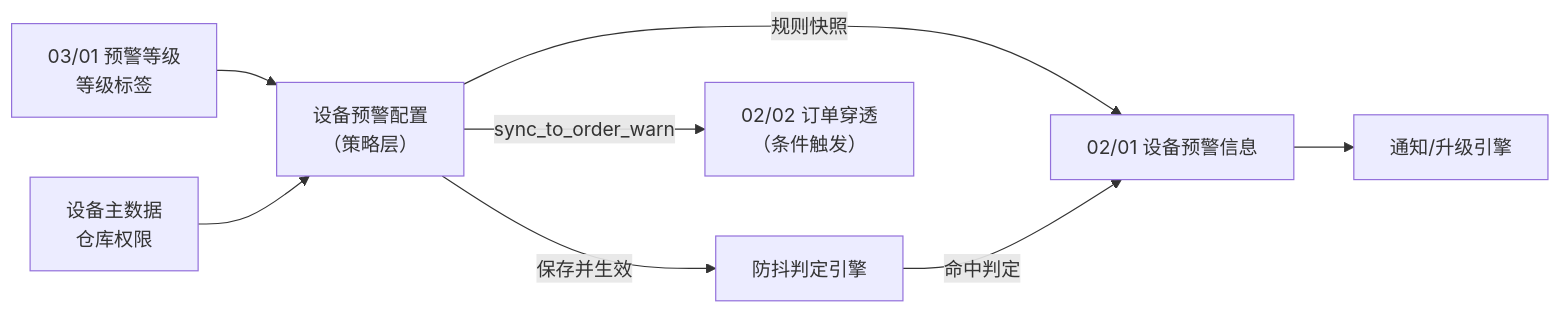
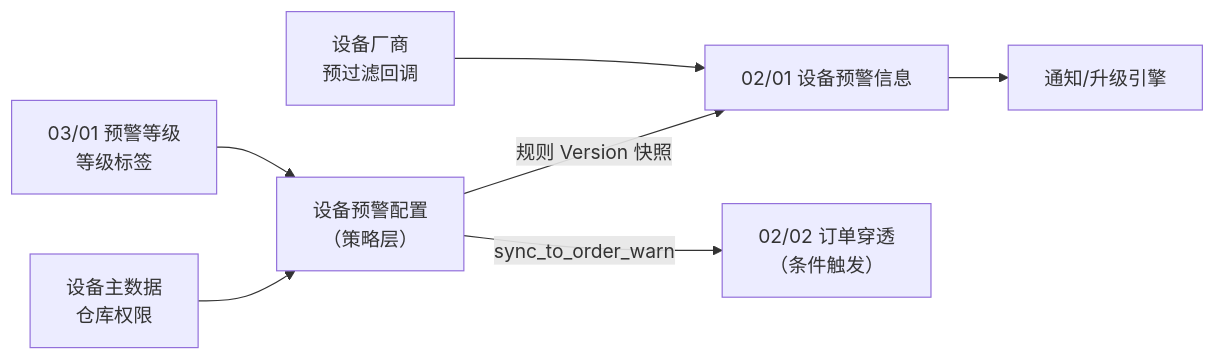
One commit to RobertHuang999/SYZC changed the first of 3 diagrams in 02-PRD文档/B-迭代需求/6.2版本（2026.08）/03-预警配置/02设备预警配置/设备预警配置主PRD.md. Above: the diagram before and after it, drawn with Mermaid. The commit also changed other lines of this file and 121 other files, not shown here.

````diff
--- a/02-PRD文档/B-迭代需求/6.2版本（2026.08）/03-预警配置/02设备预警配置/设备预警配置主PRD.md
+++ b/02-PRD文档/B-迭代需求/6.2版本（2026.08）/03-预警配置/02设备预警配置/设备预警配置主PRD.md
@@ -76,10 +76,9 @@
 ```mermaid
 flowchart LR
     A["03/01 预警等级<br/>等级标签"] --> B["设备预警配置<br/>（策略层）"]
     C["设备主数据<br/>仓库权限"] --> B
-    B -->|"保存并生效"| D["防抖判定引擎"]
-    B -->|"规则快照"| E["02/01 设备预警信息"]
-    D -->|"命中判定"| E
+    V["设备厂商<br/>预过滤回调"] --> E["02/01 设备预警信息"]
+    B -->|"规则 Version 快照"| E
     E --> F["通知/升级引擎"]
     B -->|"sync_to_order_warn"| G["02/02 订单穿透<br/>（条件触发）"]
 ```
````
